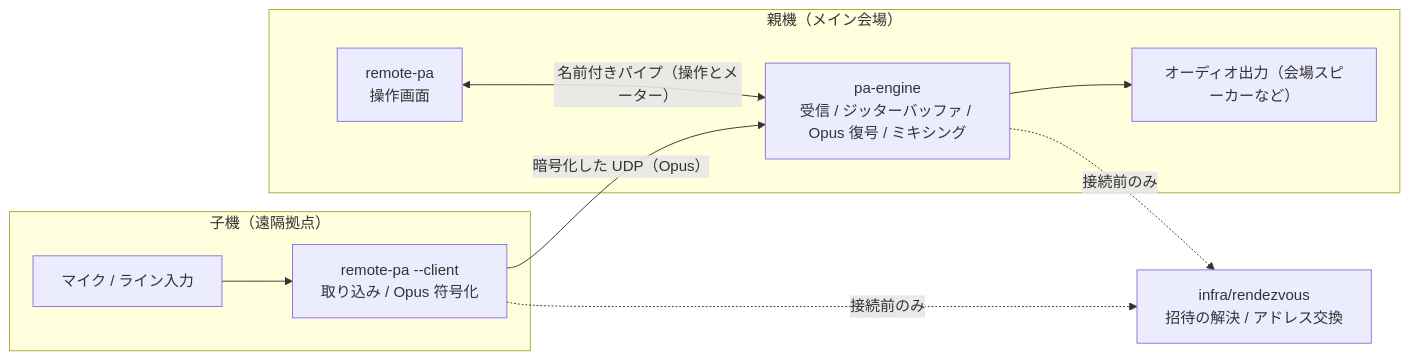
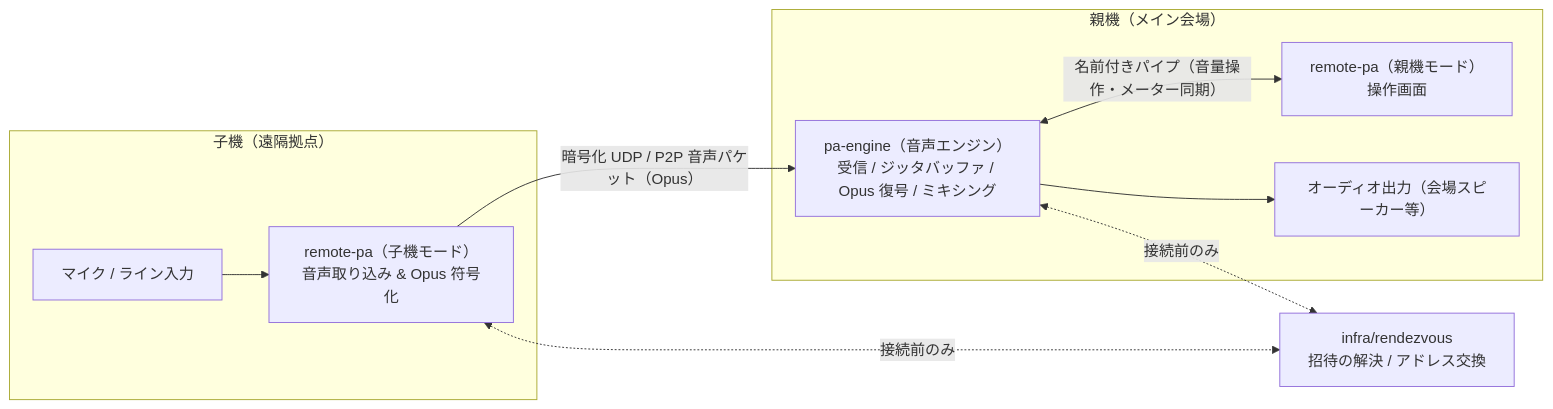
One commit to YmSaki/vocroz changed the diagram in README.md. Above: the diagram before and after it, drawn with Mermaid. The commit also changed other lines of this file, not shown here.

````diff
--- a/README.md
+++ b/README.md
@@ -91,21 +72,21 @@
 ```mermaid
 flowchart LR
     subgraph Child["子機（遠隔拠点）"]
-        Mic["マイク / ライン入力"] --> ChildApp["remote-pa --client<br>取り込み / Opus 符号化"]
+        Mic["マイク / ライン入力"] --> ChildApp["remote-pa（子機モード）<br>音声取り込み & Opus 符号化"]
     end
 
     subgraph Host["親機（メイン会場）"]
-        Engine["pa-engine<br>受信 / ジッターバッファ / Opus 復号 / ミキシング"]
-        HostUI["remote-pa<br>操作画面"]
-        Speaker["オーディオ出力（会場スピーカーなど）"]
+        Engine["pa-engine（音声エンジン）<br>受信 / ジッタバッファ / Opus 復号 / ミキシング"]
+        HostUI["remote-pa（親機モード）<br>操作画面"]
+        Speaker["オーディオ出力（会場スピーカー等）"]
 
-        HostUI <-->|"名前付きパイプ（操作とメーター）"| Engine
+        Engine <-->|"名前付きパイプ（音量操作・メーター同期）"| HostUI
         Engine --> Speaker
     end
 
     Server["infra/rendezvous<br>招待の解決 / アドレス交換"]
 
-    ChildApp -->|"暗号化した UDP（Opus）"| Engine
-    ChildApp -.->|"接続前のみ"| Server
-    Engine -.->|"接続前のみ"| Server
+    ChildApp -->|"暗号化 UDP / P2P 音声パケット（Opus）"| Engine
+    ChildApp <-.->|"接続前のみ"| Server
+    Engine <-.->|"接続前のみ"| Server
 ```
````
